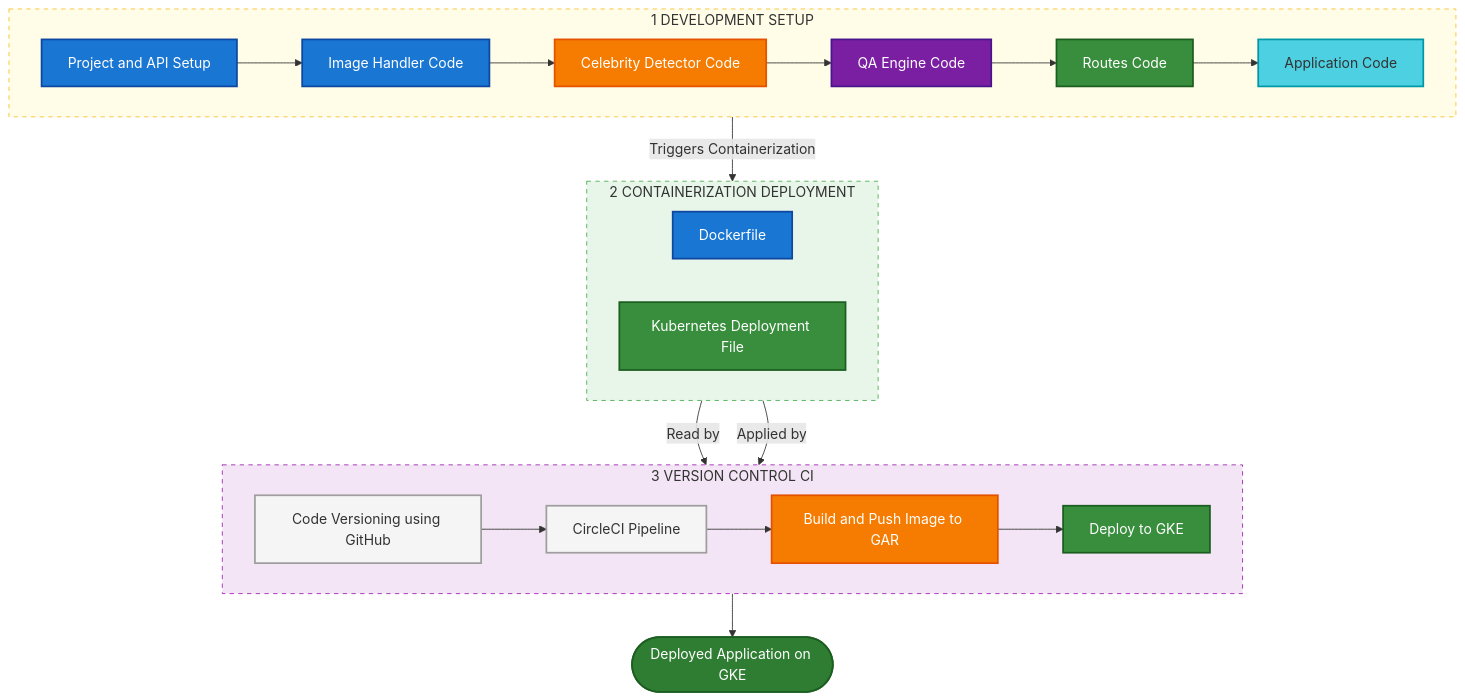
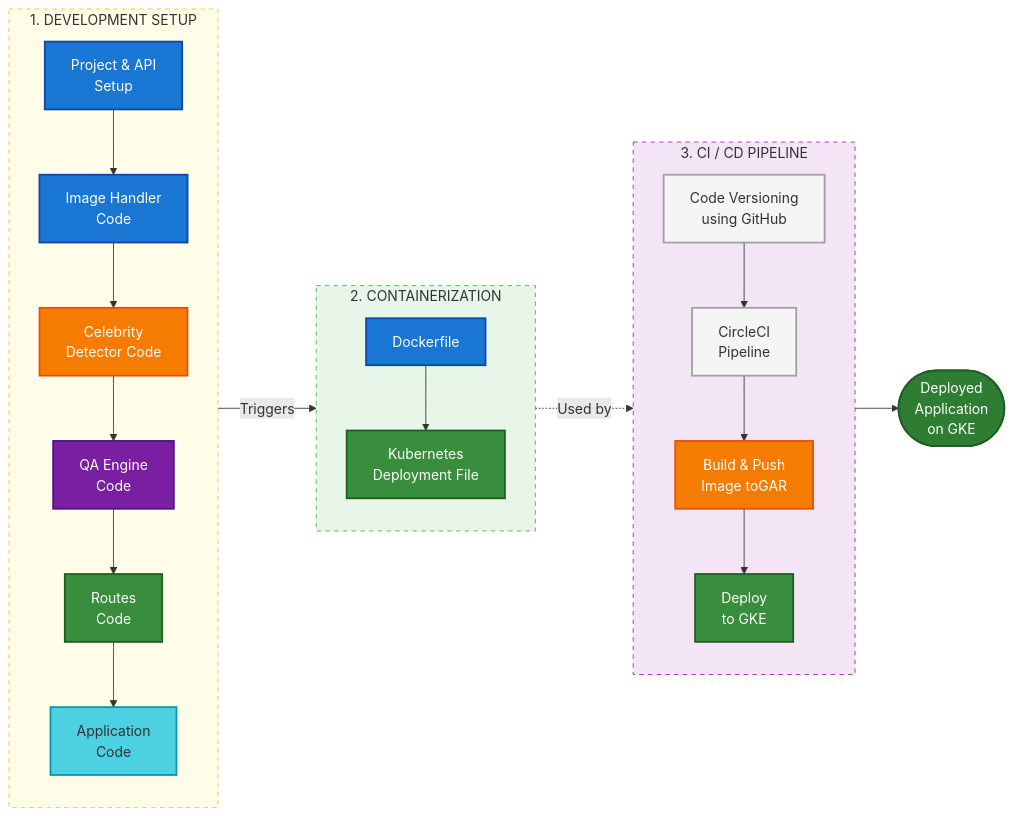
One commit to farhanrhine/Celebrity-Face-Detect-AI-Agent changed the diagram in README.md. Above: the diagram before and after it, drawn with Mermaid.

Commit message:
fix line issue

````diff
--- a/README.md
+++ b/README.md
@@ -16,46 +16,46 @@
 ```mermaid
-flowchart TD
+flowchart LR
     %% Define Styles
     classDef blueBox fill:#1976d2,stroke:#0d47a1,stroke-width:2px,color:#fff
     classDef greenBox fill:#388e3c,stroke:#1b5e20,stroke-width:2px,color:#fff
     classDef orangeBox fill:#f57c00,stroke:#e65100,stroke-width:2px,color:#fff
     classDef purpleBox fill:#7b1fa2,stroke:#4a148c,stroke-width:2px,color:#fff
     classDef lightBlueBox fill:#4dd0e1,stroke:#0097a7,stroke-width:2px,color:#333
     classDef greyBox fill:#f5f5f5,stroke:#9e9e9e,stroke-width:2px,color:#333
     classDef darkGreenRound fill:#2e7d32,stroke:#1b5e20,stroke-width:2px,color:#fff
 
-    subgraph DevSetup [1 DEVELOPMENT SETUP]
-        direction LR
-        A[Project and API Setup]:::blueBox --> B[Image Handler Code]:::blueBox
-        B --> C[Celebrity Detector Code]:::orangeBox
-        C --> D[QA Engine Code]:::purpleBox
-        D --> E[Routes Code]:::greenBox
-        E --> F[Application Code]:::lightBlueBox
+    subgraph DevSetup [1. DEVELOPMENT SETUP]
+        direction TB
+        A[Project & API<br>Setup]:::blueBox --> B[Image Handler<br>Code]:::blueBox
+        B --> C[Celebrity<br>Detector Code]:::orangeBox
+        C --> D[QA Engine<br>Code]:::purpleBox
+        D --> E[Routes<br>Code]:::greenBox
+        E --> F[Application<br>Code]:::lightBlueBox
     end
     
-    subgraph Containerization [2 CONTAINERIZATION DEPLOYMENT]
-        direction LR
+    subgraph Containerization [2. CONTAINERIZATION]
+        direction TB
         G[Dockerfile]:::blueBox
-        H[Kubernetes Deployment File]:::greenBox
+        H[Kubernetes<br>Deployment File]:::greenBox
+        G --> H
     end
 
-    subgraph CI [3 VERSION CONTROL CI]
-        direction LR
-        I[Code Versioning using GitHub]:::greyBox --> J[CircleCI Pipeline]:::greyBox
-        J --> K[Build and Push Image to GAR]:::orangeBox
-        K --> L[Deploy to GKE]:::greenBox
+    subgraph CI [3. CI / CD PIPELINE]
+        direction TB
+        I[Code Versioning<br>using GitHub]:::greyBox --> J[CircleCI<br>Pipeline]:::greyBox
+        J --> K[Build & Push<br>Image toGAR]:::orangeBox
+        K --> L[Deploy<br>to GKE]:::greenBox
     end
 
-    M([Deployed Application on GKE]):::darkGreenRound
+    M([Deployed<br>Application<br>on GKE]):::darkGreenRound
 
     %% Connections across subgraphs
-    F --> |Triggers Containerization| G
-    G --> |Read by| K
-    H --> |Applied by| L
+    F --> |Triggers| G
+    H -.-> |Used by| L
     L --> M
 
     %% Subgraph Styling
     style DevSetup fill:#fffde7,stroke:#fbc02d,stroke-dasharray: 5 5
     style Containerization fill:#e8f5e9,stroke:#4caf50,stroke-dasharray: 5 5
     style CI fill:#f3e5f5,stroke:#9c27b0,stroke-dasharray: 5 5
 ```
````
